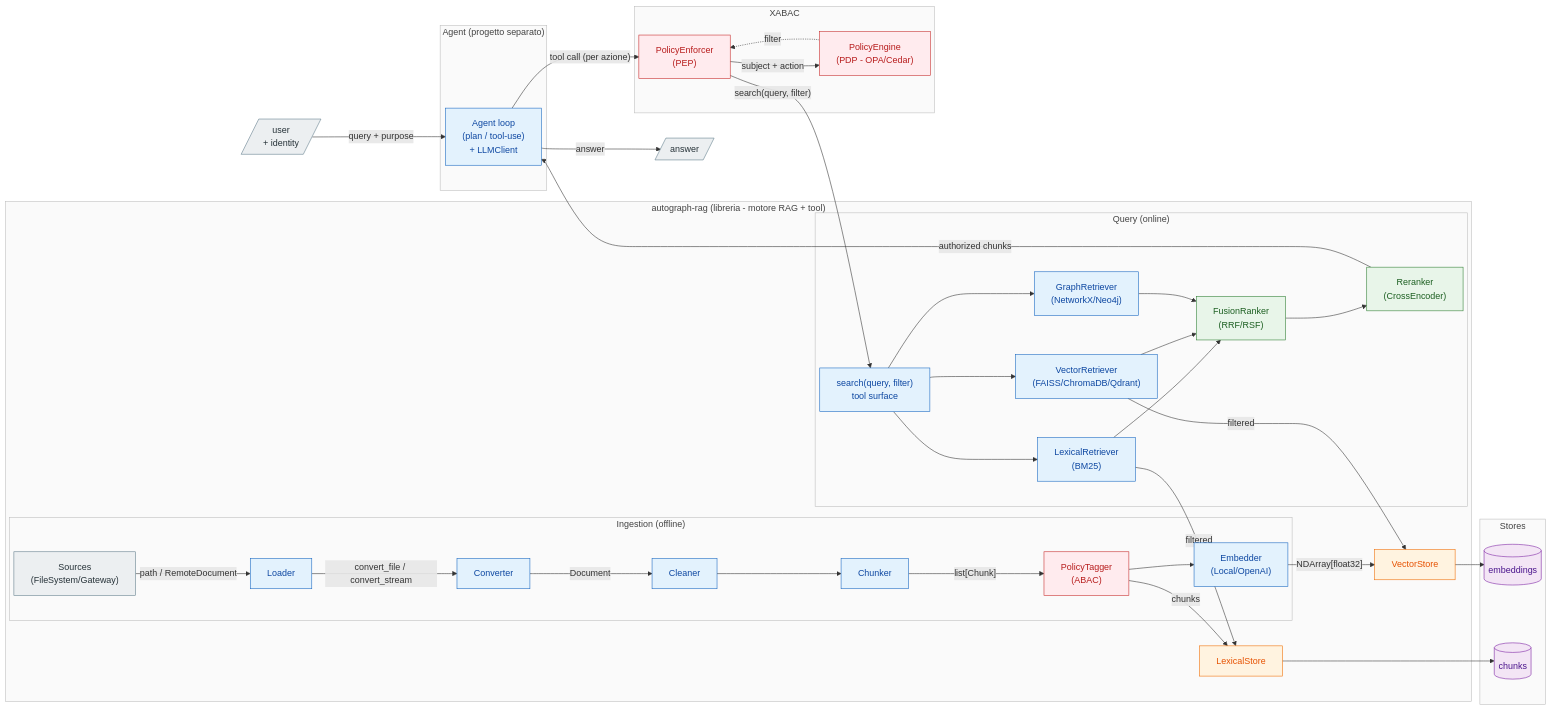
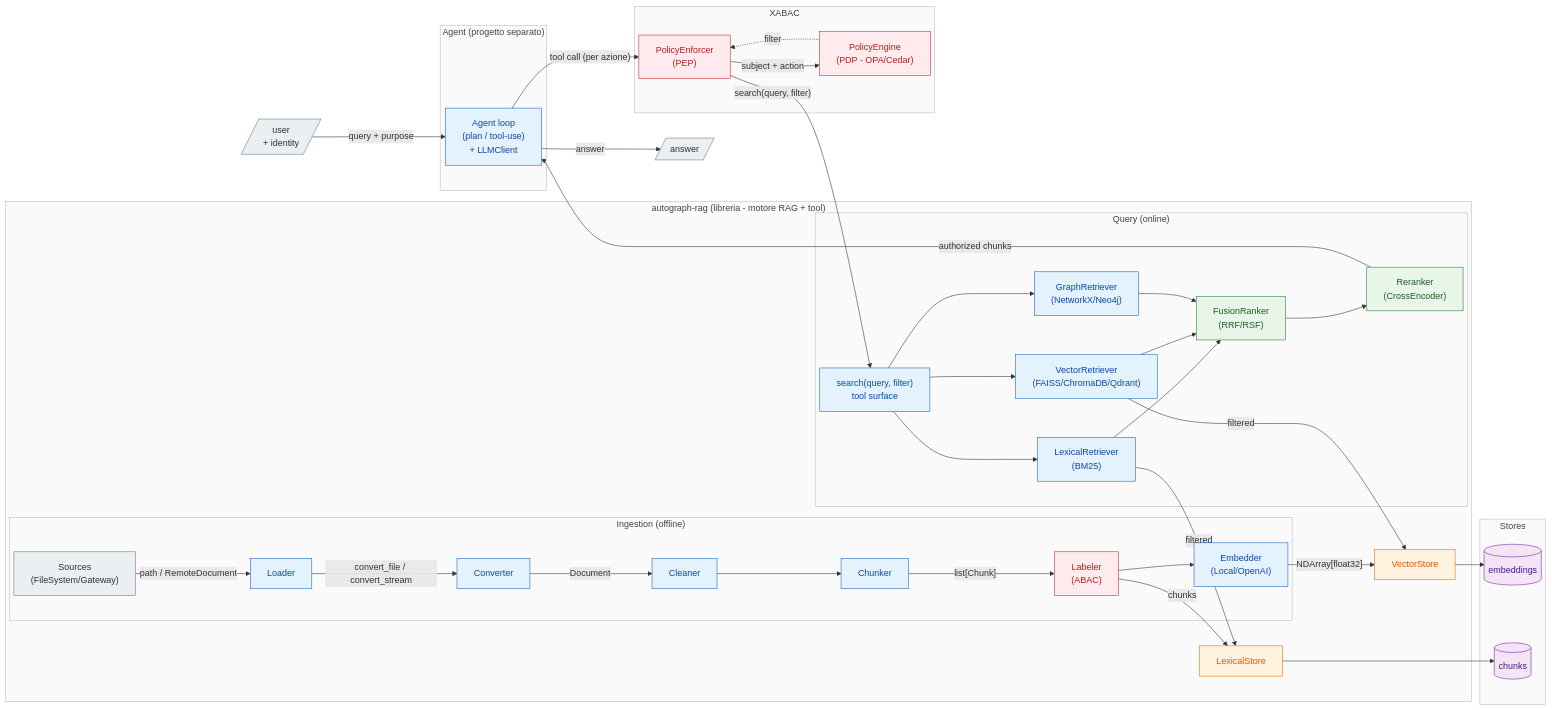
Before and after one commit to DavideFricano/autograph-rag: the first of 2 diagrams in docs/roadmap-sources-abac.md, drawn with Mermaid. The commit also changed other lines of this file and 5 other files, not shown here.

```diff
--- a/docs/roadmap-sources-abac.md
+++ b/docs/roadmap-sources-abac.md
@@ -65,7 +65,7 @@
         CONV["Converter"]:::step
         CL["Cleaner"]:::step
         CH["Chunker"]:::step
-        TAG["PolicyTagger<br>(ABAC)"]:::policy
+        TAG["Labeler<br>(ABAC)"]:::policy
         EMB["Embedder<br>(Local/OpenAI)"]:::step
         SRC -->|"path / RemoteDocument"| LOAD
         LOAD -->|"convert_file / convert_stream"| CONV
```
